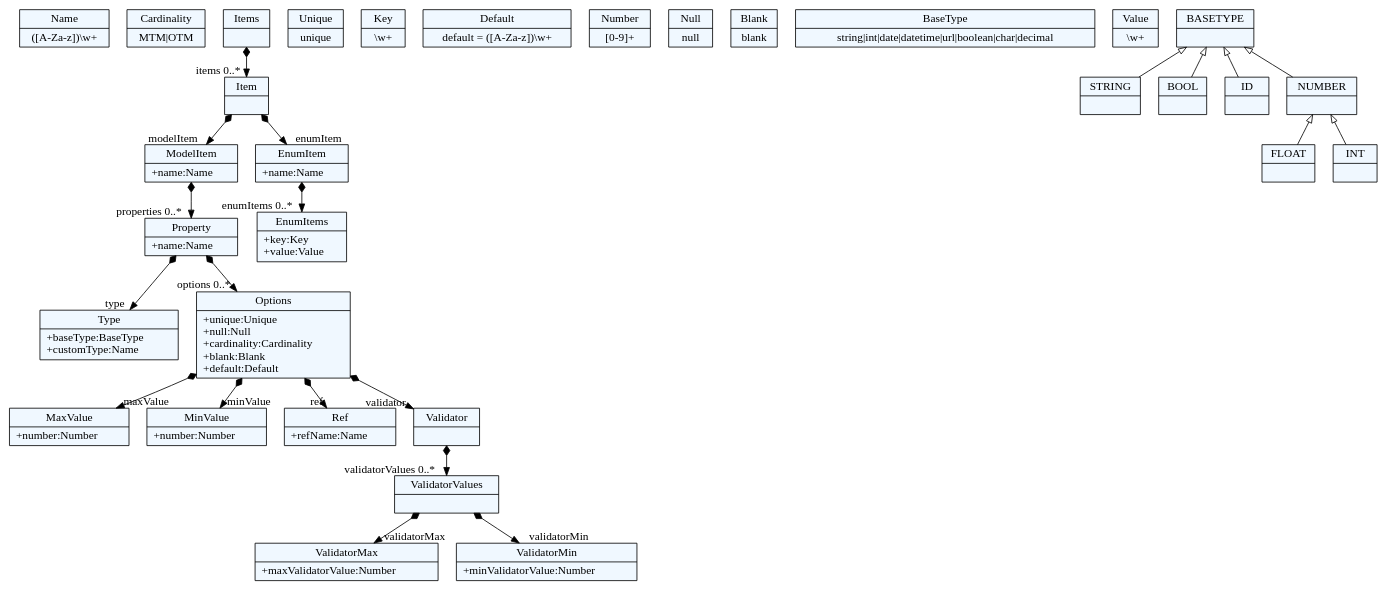
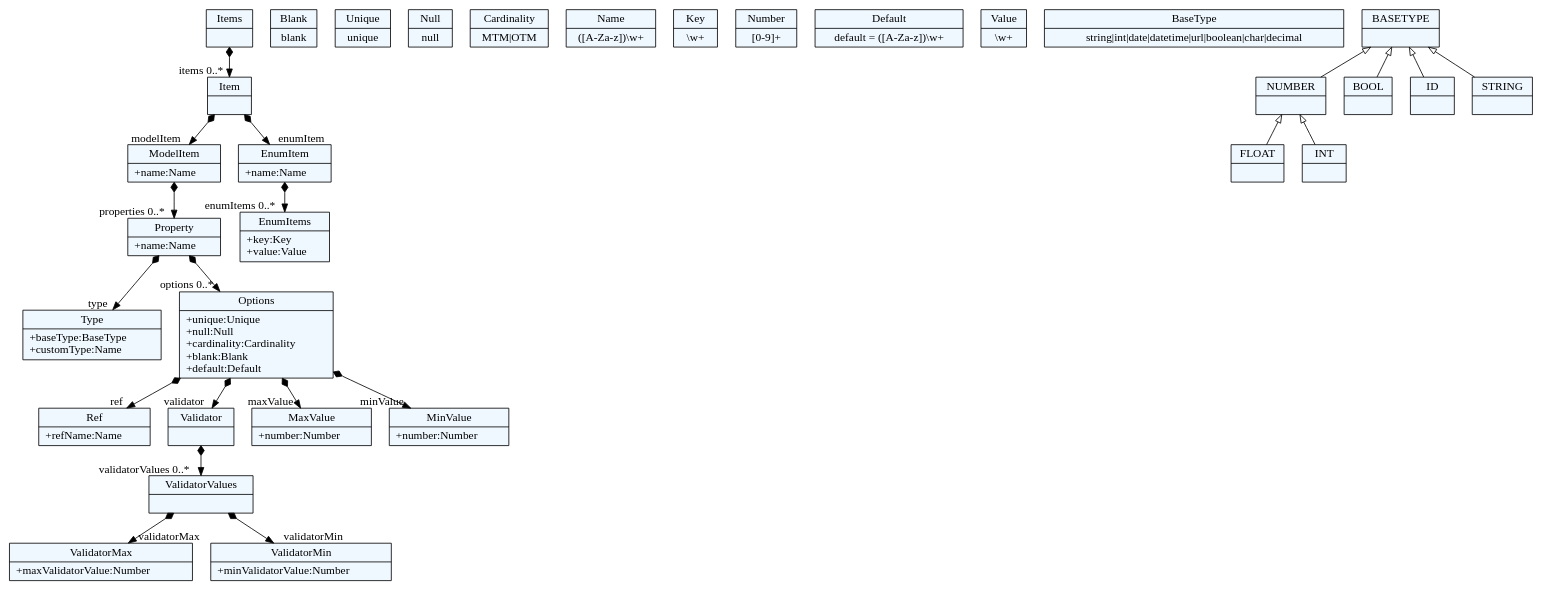
The diagram in Generator/test_meta.dot (sergiosuperstar/FTN-MBRS), drawn with Graphviz before and after one commit. The commit also changed 7 other files, not shown here.

```diff
--- a/Generator/test_meta.dot
+++ b/Generator/test_meta.dot
@@ -1,99 +1,99 @@
 
     digraph xtext {
     fontname = "Bitstream Vera Sans"
     fontsize = 8
     node[
         shape=record,
         style=filled,
         fillcolor=aliceblue
     ]
     nodesep = 0.3
     edge[dir=black,arrowtail=empty]
 
 
-60064688[ label="{Name|([A-Za-z])\\w+}"]
+56311856 -> 56314096[arrowtail=diamond, dir=both, headlabel="properties 0..*"]
+56311856[ label="{ModelItem|+name:Name\l}"]
 
-60065584[ label="{Cardinality|MTM\|OTM}"]
+56314096 -> 56314544[arrowtail=diamond, dir=both, headlabel="type "]
+56314096 -> 56315440[arrowtail=diamond, dir=both, headlabel="options 0..*"]
+56314096[ label="{Property|+name:Name\l}"]
 
-59857136 -> 60039664[arrowtail=diamond, dir=both, headlabel="properties 0..*"]
-59857136[ label="{ModelItem|+name:Name\l}"]
+56333232[ label="{Blank|blank}"]
 
-60040112[ label="{Type|+baseType:BaseType\l+customType:Name\l}"]
+56029232 -> 56311856[arrowtail=diamond, dir=both, headlabel="modelItem "]
+56029232 -> 56312304[arrowtail=diamond, dir=both, headlabel="enumItem "]
+56029232[ label="{Item|}"]
 
-60039664 -> 60040112[arrowtail=diamond, dir=both, headlabel="type "]
-60039664 -> 60041008[arrowtail=diamond, dir=both, headlabel="options 0..*"]
-60039664[ label="{Property|+name:Name\l}"]
+56332336[ label="{Unique|unique}"]
 
-59856240 -> 59856688[arrowtail=diamond, dir=both, headlabel="items 0..*"]
-59856240[ label="{Items|}"]
+56332784[ label="{Null|null}"]
 
-60041456[ label="{Unique|unique}"]
+56335472[ label="{Ref|+refName:Name\l}"]
 
-60041008 -> 60042800[arrowtail=diamond, dir=both, headlabel="maxValue "]
-60041008 -> 60063792[arrowtail=diamond, dir=both, headlabel="minValue "]
-60041008 -> 60065136[arrowtail=diamond, dir=both, headlabel="ref "]
-60041008 -> 60066032[arrowtail=diamond, dir=both, headlabel="validator "]
-60041008[ label="{Options|+unique:Unique\l+null:Null\l+cardinality:Cardinality\l+blank:Blank\l+default:Default\l}"]
+56344624 -> 56345072[arrowtail=diamond, dir=both, headlabel="validatorValues 0..*"]
+56344624[ label="{Validator|}"]
 
-60066480 -> 60066928[arrowtail=diamond, dir=both, headlabel="validatorMax "]
-60066480 -> 60067376[arrowtail=diamond, dir=both, headlabel="validatorMin "]
-60066480[ label="{ValidatorValues|}"]
+56315440 -> 56333680[arrowtail=diamond, dir=both, headlabel="maxValue "]
+56315440 -> 56334128[arrowtail=diamond, dir=both, headlabel="minValue "]
+56315440 -> 56335472[arrowtail=diamond, dir=both, headlabel="ref "]
+56315440 -> 56344624[arrowtail=diamond, dir=both, headlabel="validator "]
+56315440[ label="{Options|+unique:Unique\l+null:Null\l+cardinality:Cardinality\l+blank:Blank\l+default:Default\l}"]
 
-59858480[ label="{Key|\\w+}"]
+56312304 -> 56312752[arrowtail=diamond, dir=both, headlabel="enumItems 0..*"]
+56312304[ label="{EnumItem|+name:Name\l}"]
 
-60080176[ label="{Default|default = ([A-Za-z])\\w+}"]
+56030576 -> 56029232[arrowtail=diamond, dir=both, headlabel="items 0..*"]
+56030576[ label="{Items|}"]
 
-59858032[ label="{EnumItems|+key:Key\l+value:Value\l}"]
+56335920[ label="{Cardinality|MTM\|OTM}"]
 
-60065136[ label="{Ref|+refName:Name\l}"]
+56312752[ label="{EnumItems|+key:Key\l+value:Value\l}"]
 
-60064240[ label="{Number|[0-9]+}"]
+56345072 -> 56345520[arrowtail=diamond, dir=both, headlabel="validatorMax "]
+56345072 -> 56345968[arrowtail=diamond, dir=both, headlabel="validatorMin "]
+56345072[ label="{ValidatorValues|}"]
 
-60066032 -> 60066480[arrowtail=diamond, dir=both, headlabel="validatorValues 0..*"]
-60066032[ label="{Validator|}"]
+56335024[ label="{Name|([A-Za-z])\\w+}"]
 
-60041904[ label="{Null|null}"]
+56334128[ label="{MinValue|+number:Number\l}"]
 
-60042352[ label="{Blank|blank}"]
+56313200[ label="{Key|\\w+}"]
 
-60040560[ label="{BaseType|string\|int\|date\|datetime\|url\|boolean\|char\|decimal}"]
+56314544[ label="{Type|+baseType:BaseType\l+customType:Name\l}"]
 
-59856688 -> 59857136[arrowtail=diamond, dir=both, headlabel="modelItem "]
-59856688 -> 59857584[arrowtail=diamond, dir=both, headlabel="enumItem "]
-59856688[ label="{Item|}"]
+56334576[ label="{Number|[0-9]+}"]
 
-59857584 -> 59858032[arrowtail=diamond, dir=both, headlabel="enumItems 0..*"]
-59857584[ label="{EnumItem|+name:Name\l}"]
+56346416[ label="{Default|default = ([A-Za-z])\\w+}"]
 
-60039216[ label="{Value|\\w+}"]
+56313648[ label="{Value|\\w+}"]
 
-60066928[ label="{ValidatorMax|+maxValidatorValue:Number\l}"]
+56333680[ label="{MaxValue|+number:Number\l}"]
 
-60067376[ label="{ValidatorMin|+minValidatorValue:Number\l}"]
+56345520[ label="{ValidatorMax|+maxValidatorValue:Number\l}"]
 
-60063792[ label="{MinValue|+number:Number\l}"]
+56314992[ label="{BaseType|string\|int\|date\|datetime\|url\|boolean\|char\|decimal}"]
 
-60042800[ label="{MaxValue|+number:Number\l}"]
+56345968[ label="{ValidatorMin|+minValidatorValue:Number\l}"]
 
-59849392[ label="{STRING|}"]
+56130672[ label="{NUMBER|}"]
+56130672 -> 56130224 [dir=back]
+56130672 -> 56129776 [dir=back]
 
-59854896[ label="{FLOAT|}"]
+56131120[ label="{BASETYPE|}"]
+56131120 -> 56130672 [dir=back]
+56131120 -> 56129328 [dir=back]
+56131120 -> 56128432 [dir=back]
+56131120 -> 56128880 [dir=back]
 
-59849840[ label="{BOOL|}"]
+56128880[ label="{STRING|}"]
 
-59850288[ label="{INT|}"]
+56128432[ label="{ID|}"]
 
-59848944[ label="{ID|}"]
+56129776[ label="{INT|}"]
 
-59855792[ label="{BASETYPE|}"]
-59855792 -> 59855344 [dir=back]
-59855792 -> 59849840 [dir=back]
-59855792 -> 59848944 [dir=back]
-59855792 -> 59849392 [dir=back]
+56129328[ label="{BOOL|}"]
 
-59855344[ label="{NUMBER|}"]
-59855344 -> 59854896 [dir=back]
-59855344 -> 59850288 [dir=back]
+56130224[ label="{FLOAT|}"]
 
 
 }
```
